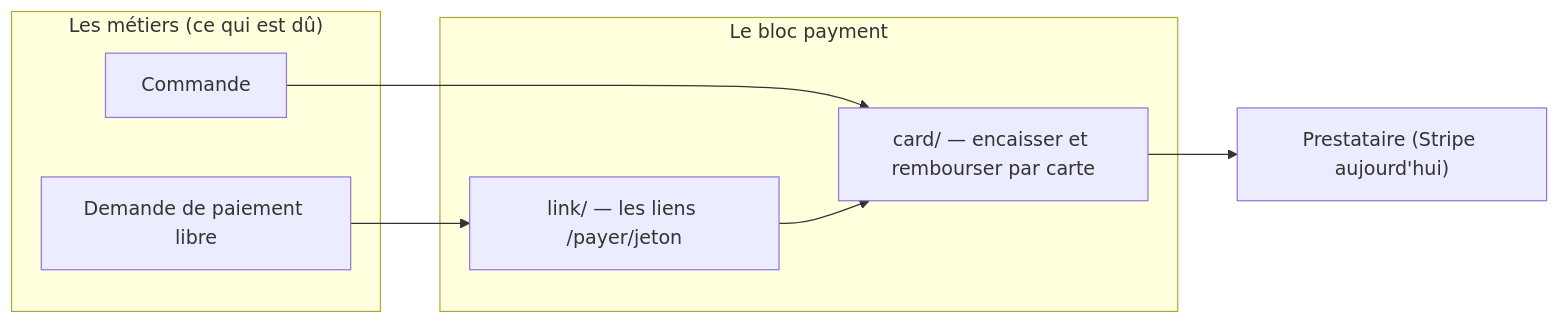
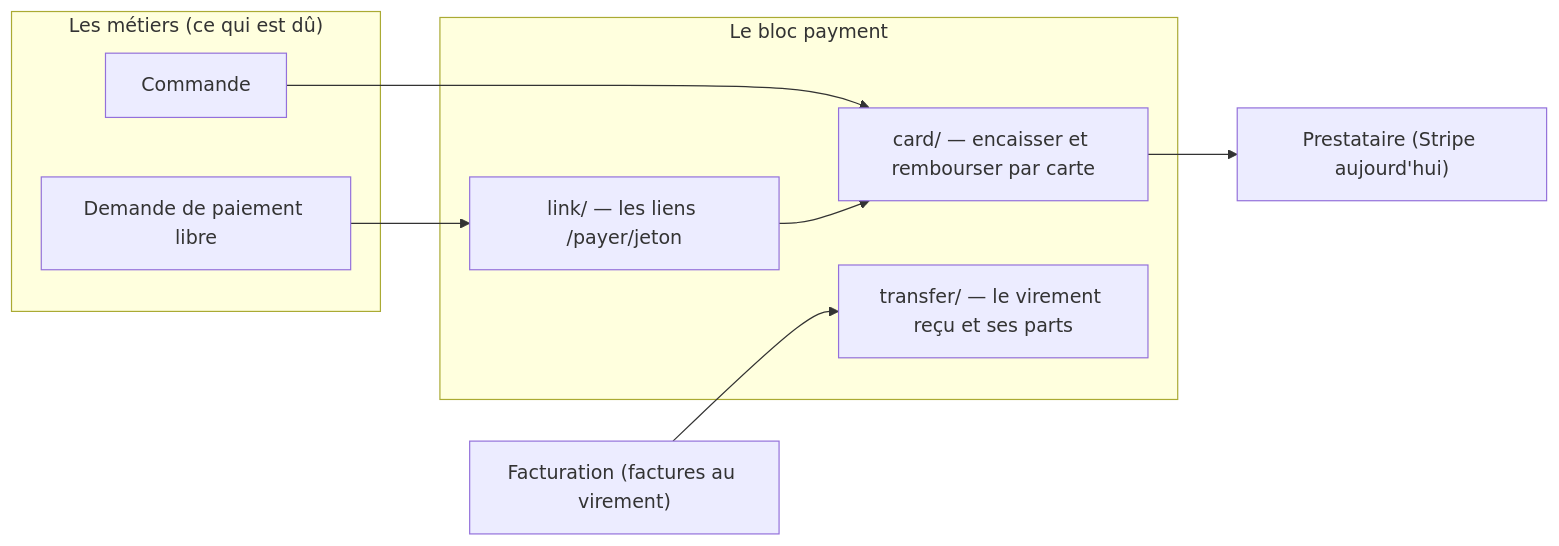
One commit to hugoheynard/lfd changed the diagram in documentation/payment/README.md. Above: the diagram before and after it, drawn with Mermaid. The commit also changed other lines of this file and 65 other files, not shown here.

First line of the commit message:
feat(payment): le virement reçu rejoint payment/transfer (lot D1)

````diff
--- a/documentation/payment/README.md
+++ b/documentation/payment/README.md
@@ -17,15 +17,18 @@
 ```mermaid
 flowchart LR
   subgraph Metier["Les métiers (ce qui est dû)"]
     O["Commande"]
     F["Demande de paiement libre"]
   end
   subgraph Payment["Le bloc payment"]
     L["link/ — les liens /payer/jeton"]
     C["card/ — encaisser et rembourser par carte"]
+    T["transfer/ — le virement reçu et ses parts"]
   end
+  FA["Facturation (factures au virement)"]
   P["Prestataire (Stripe aujourd'hui)"]
   O --> C
   F --> L --> C
   C --> P
+  FA --> T
 ```
````
